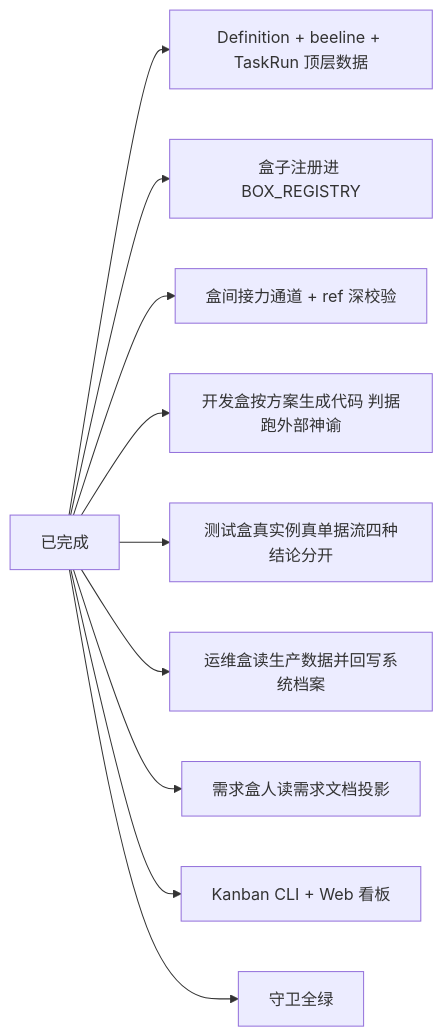
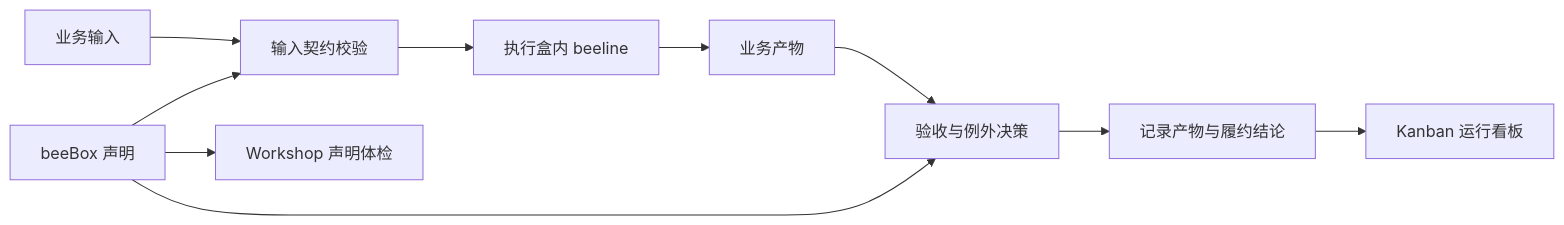
One commit to Generic-Technology/beeOS changed the diagram in README.md. Above: the diagram before and after it, drawn with Mermaid. The commit also changed other lines of this file and 14 other files, not shown here.

````diff
--- a/README.md
+++ b/README.md
@@ -176,13 +113,12 @@
 ```mermaid
 flowchart LR
-    Done[已完成]
-    Done --> S1[Definition + beeline + TaskRun 顶层数据]
-    Done --> S2[盒子注册进 BOX_REGISTRY]
-    Done --> S3[盒间接力通道 + ref 深校验]
-    Done --> S4[开发盒按方案生成代码 判据跑外部神谕]
-    Done --> S5[测试盒真实例真单据流四种结论分开]
-    Done --> S6[运维盒读生产数据并回写系统档案]
-    Done --> S7[需求盒人读需求文档投影]
-    Done --> S8[Kanban CLI + Web 看板]
-    Done --> S9[守卫全绿]
+    Input[业务输入] --> Contract[输入契约校验]
+    Contract --> Run[执行盒内 beeline]
+    Run --> Result[业务产物]
+    Result --> Acceptance[验收与例外决策]
+    Acceptance --> Record[记录产物与履约结论]
+    Record --> Kanban[Kanban 运行看板]
+    Definition[beeBox 声明] --> Contract
+    Definition --> Acceptance
+    Definition --> Workshop[Workshop 声明体检]
 ```
````
